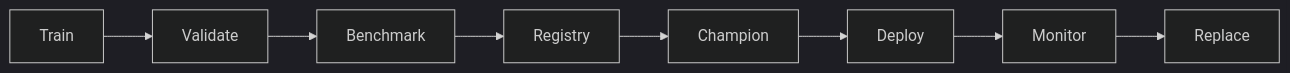
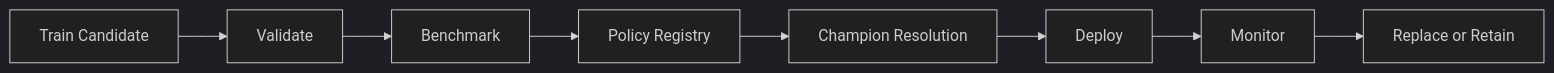
Before and after one commit to xavi092000/stockout-decision-intelligence: the third of 4 diagrams in README.md, drawn with Mermaid (dark theme). The commit also changed other lines of this file, not shown here.

Commit message:
docs: repair all Mermaid diagrams

````diff
--- a/README.md
+++ b/README.md
@@ -382,10 +354,10 @@
 ```mermaid
 flowchart LR
-    Train --> Validate
-    Validate --> Benchmark
-    Benchmark --> Registry
-    Registry --> Champion
-    Champion --> Deploy
-    Deploy --> Monitor
-    Monitor --> Replace
+    A[Train Candidate] --> B[Validate]
+    B --> C[Benchmark]
+    C --> D[Policy Registry]
+    D --> E[Champion Resolution]
+    E --> F[Deploy]
+    F --> G[Monitor]
+    G --> H[Replace or Retain]
 ```
````
